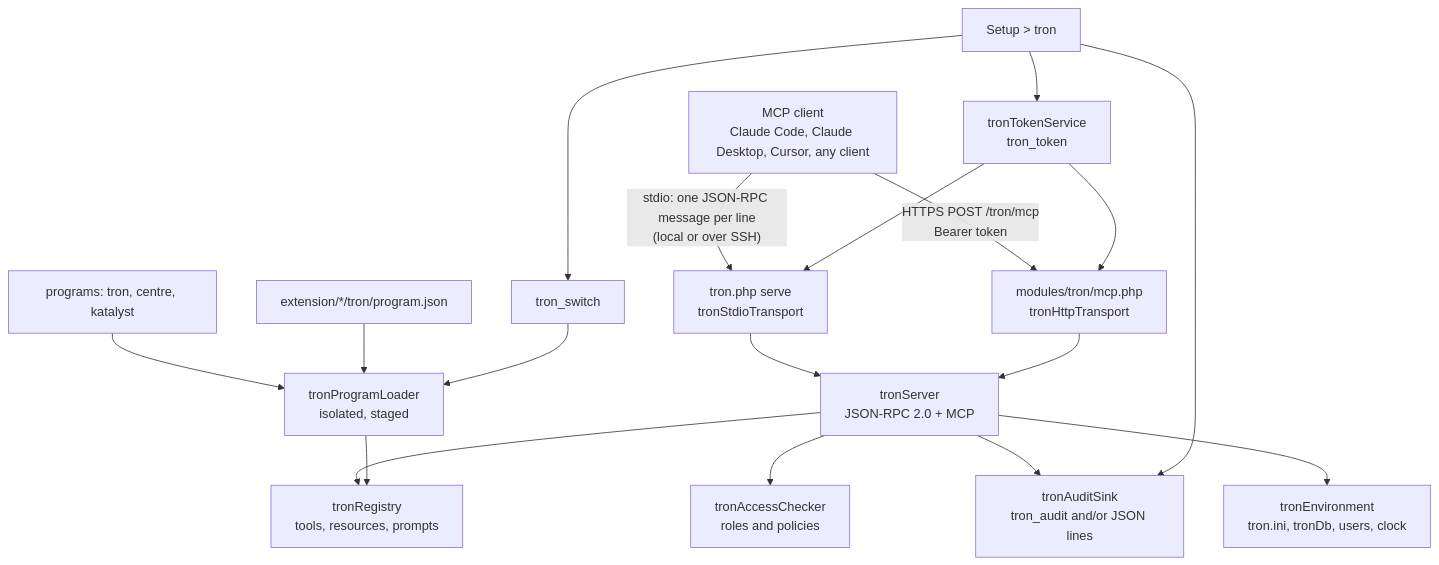
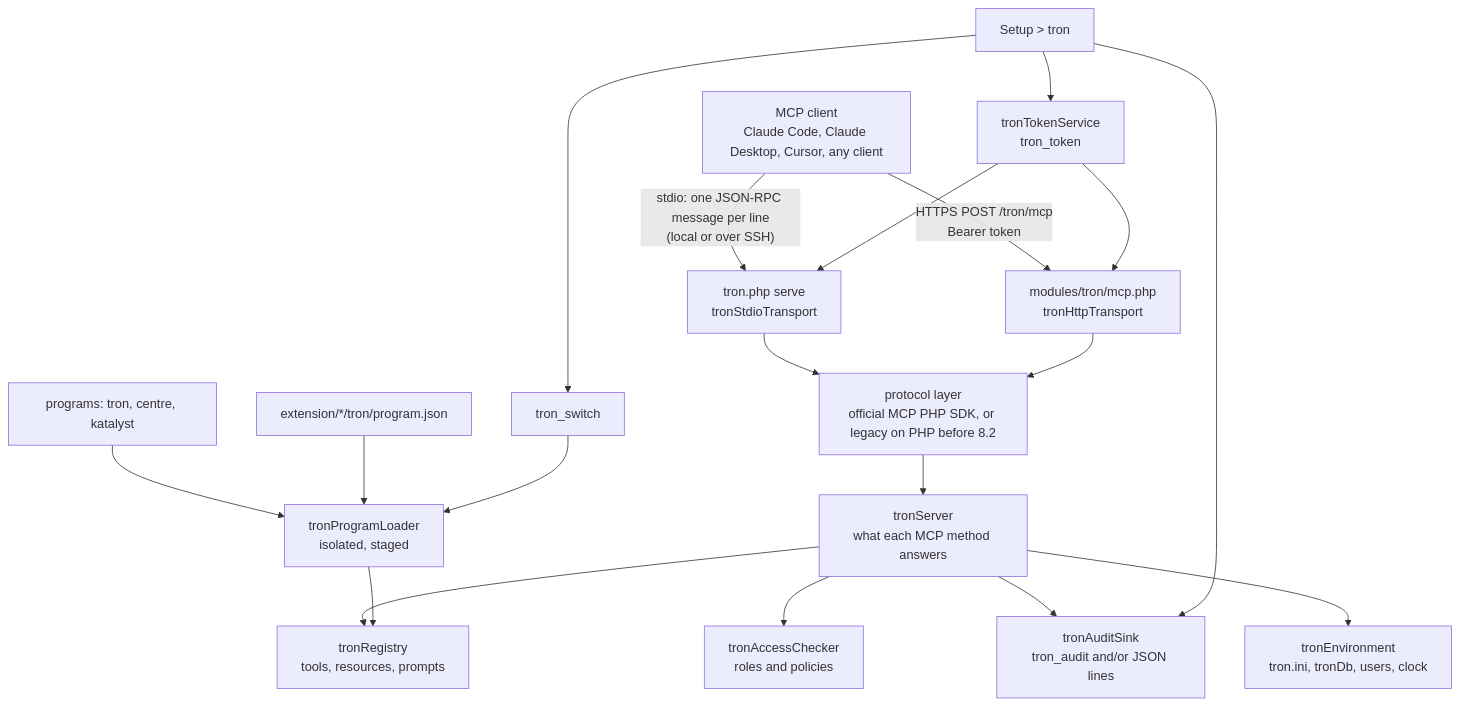
The diagram in README.md (se7enxweb/tron), drawn with Mermaid before and after one commit. The commit also changed other lines of this file and 371 other files, not shown here.

````diff
--- a/README.md
+++ b/README.md
@@ -422,21 +446,22 @@
 ```mermaid
 flowchart TB
     CC[MCP client<br/>Claude Code, Claude Desktop, Cursor, any client]
     CC -- "stdio: one JSON-RPC message per line<br/>(local or over SSH)" --> STDIO[tron.php serve<br/>tronStdioTransport]
     CC -- "HTTPS POST /tron/mcp<br/>Bearer token" --> HTTP[modules/tron/mcp.php<br/>tronHttpTransport]
-    STDIO --> SERVER[tronServer<br/>JSON-RPC 2.0 + MCP]
-    HTTP --> SERVER
+    STDIO --> LAYER[protocol layer<br/>official MCP PHP SDK, or legacy on PHP before 8.2]
+    HTTP --> LAYER
+    LAYER --> SERVER[tronServer<br/>what each MCP method answers]
     TOK[tronTokenService<br/>tron_token] --> STDIO
     TOK --> HTTP
     SERVER --> REG[tronRegistry<br/>tools, resources, prompts]
     SERVER --> ACC[tronAccessChecker<br/>roles and policies]
     SERVER --> AUD[tronAuditSink<br/>tron_audit and/or JSON lines]
     SERVER --> ENV[tronEnvironment<br/>tron.ini, tronDb, users, clock]
     LOADER[tronProgramLoader<br/>isolated, staged] --> REG
     BUILTIN[programs: tron, centre, katalyst] --> LOADER
     EXT[extension/*/tron/program.json] --> LOADER
     SW[tron_switch] --> LOADER
     ADMIN[Setup > tron] --> TOK
     ADMIN --> SW
     ADMIN --> AUD
 ```
````
